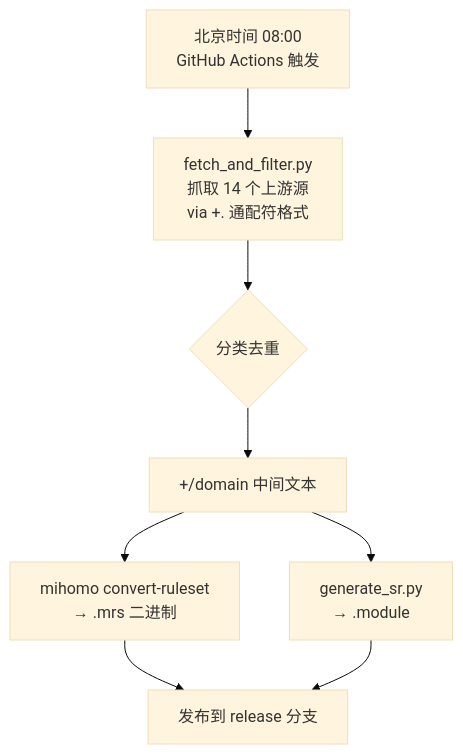
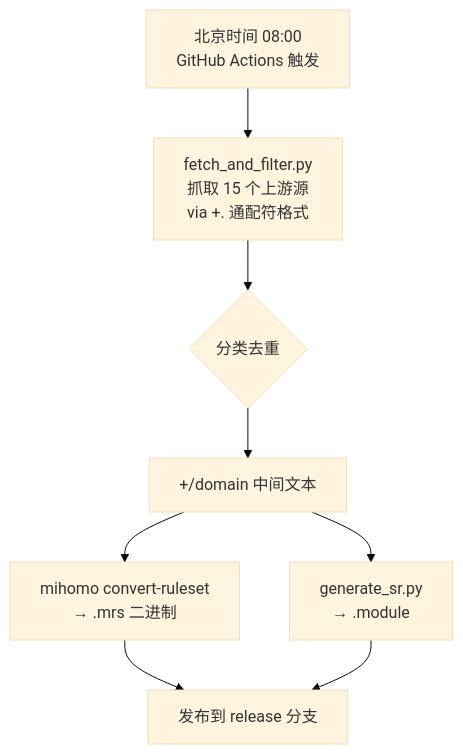
The diagram in README.md (EastonSun/ProxyRules), drawn with Mermaid (base theme) before and after one commit. The commit also changed other lines of this file and 10 other files, not shown here.

````diff
--- a/README.md
+++ b/README.md
@@ -128,10 +141,10 @@
 ```mermaid
 graph TD
-    A[北京时间 08:00<br/>GitHub Actions 触发] --> B[fetch_and_filter.py<br/>抓取 14 个上游源<br/>via +. 通配符格式]
+    A[北京时间 08:00<br/>GitHub Actions 触发] --> B[fetch_and_filter.py<br/>抓取 15 个上游源<br/>via +. 通配符格式]
     B --> C{分类去重}
     C --> D[+/domain 中间文本]
     D --> I[mihomo convert-ruleset<br/>→ .mrs 二进制]
     D --> J[generate_sr.py<br/>→ .module]
     I --> K[发布到 release 分支]
     J --> K
 ```
````
